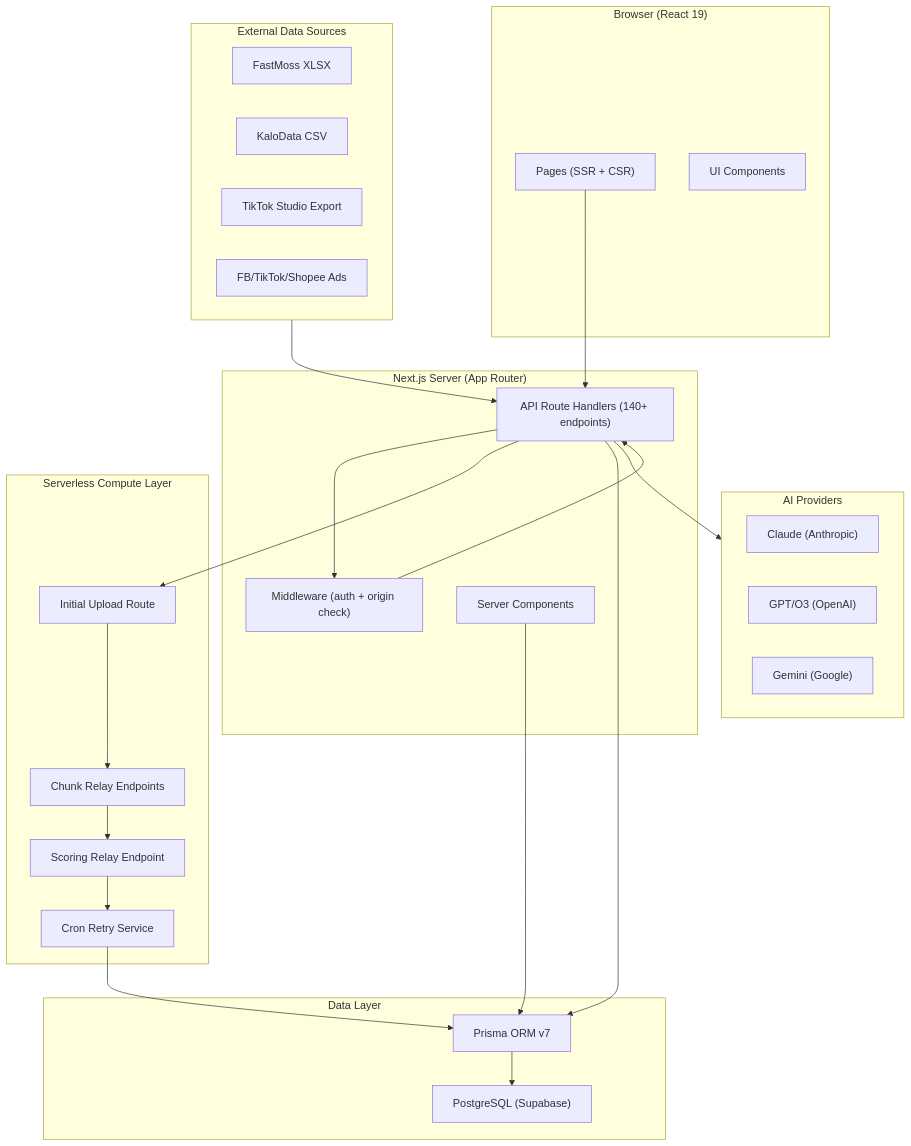
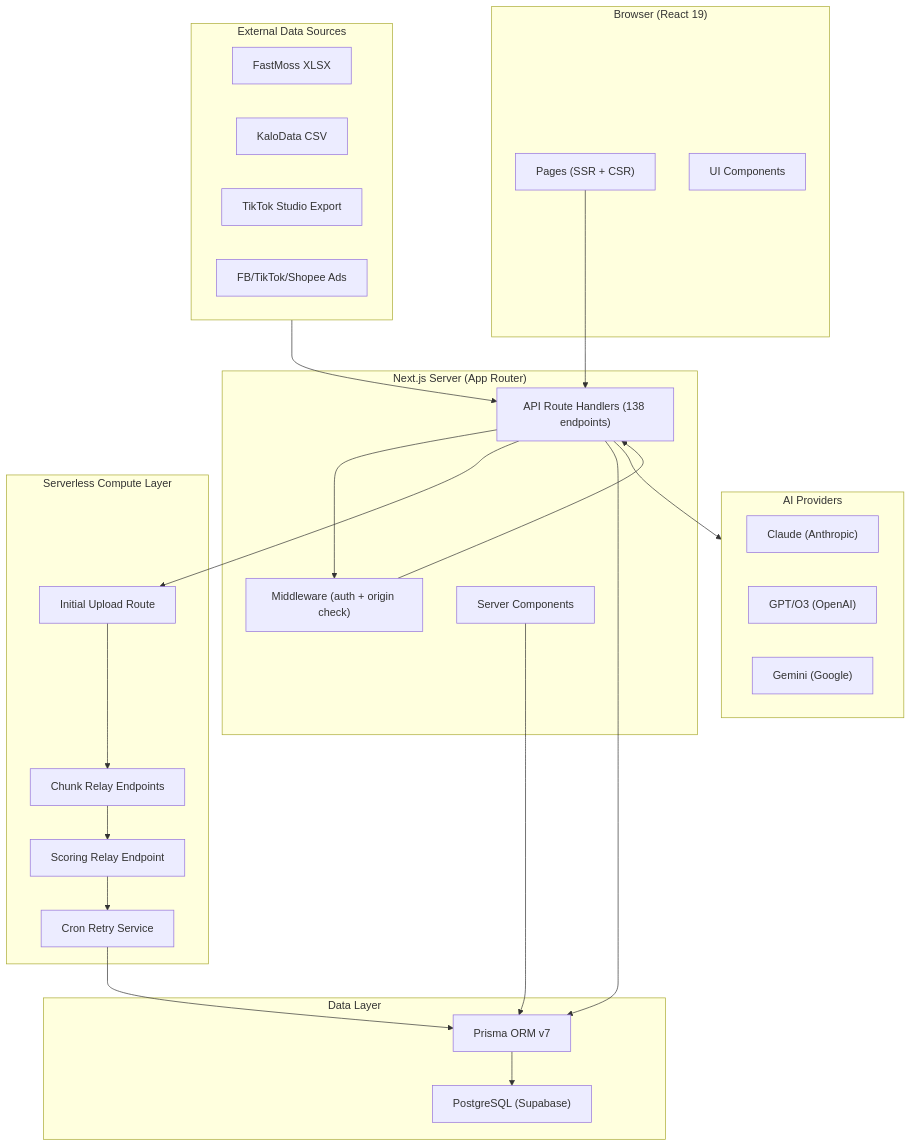
The diagram in docs/system-architecture.md (dootan2020/affiliate-scorer), drawn with Mermaid before and after one commit. The commit also changed other lines of this file and 8 other files, not shown here.

````diff
--- a/docs/system-architecture.md
+++ b/docs/system-architecture.md
@@ -9,51 +9,51 @@
 ```mermaid
 graph TB
     subgraph Client["Browser (React 19)"]
         Pages["Pages (SSR + CSR)"]
         Components["UI Components"]
     end
 
     subgraph Server["Next.js Server (App Router)"]
-        API["API Route Handlers (140+ endpoints)"]
+        API["API Route Handlers (138 endpoints)"]
         MW["Middleware (auth + origin check)"]
         ServerComponents["Server Components"]
     end
 
     subgraph Compute["Serverless Compute Layer"]
         InitialReq["Initial Upload Route"]
         ChunkRelay["Chunk Relay Endpoints"]
         ScoringRelay["Scoring Relay Endpoint"]
         CronJob["Cron Retry Service"]
     end
 
     subgraph Data["Data Layer"]
         Prisma["Prisma ORM v7"]
         PgPool["PostgreSQL (Supabase)"]
     end
 
     subgraph AI["AI Providers"]
         Claude["Claude (Anthropic)"]
         GPT["GPT/O3 (OpenAI)"]
         Gemini["Gemini (Google)"]
     end
 
     subgraph External["External Data Sources"]
         FastMoss["FastMoss XLSX"]
         KaloData["KaloData CSV"]
         TikTokStudio["TikTok Studio Export"]
         AdsPlatforms["FB/TikTok/Shopee Ads"]
     end
 
     Pages --> API
     API --> MW
     MW --> API
     API --> InitialReq
     InitialReq --> ChunkRelay
     ChunkRelay --> ScoringRelay
     ScoringRelay --> CronJob
     API --> Prisma --> PgPool
     API --> AI
     External --> API
     CronJob --> Prisma
     ServerComponents --> Prisma
 ```
````
